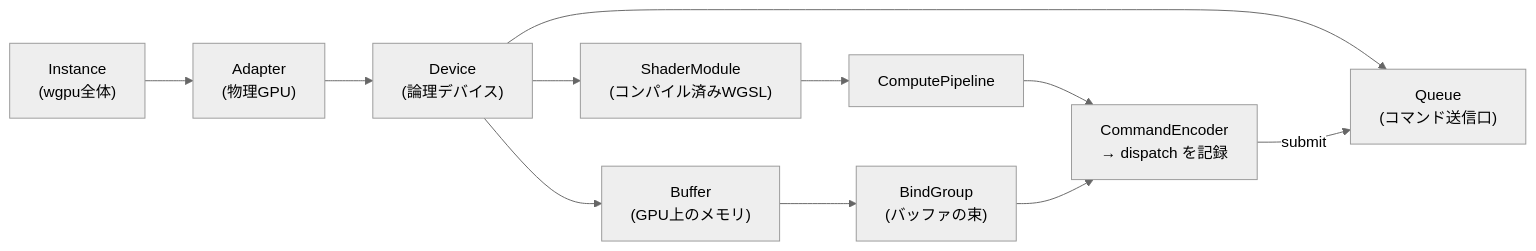
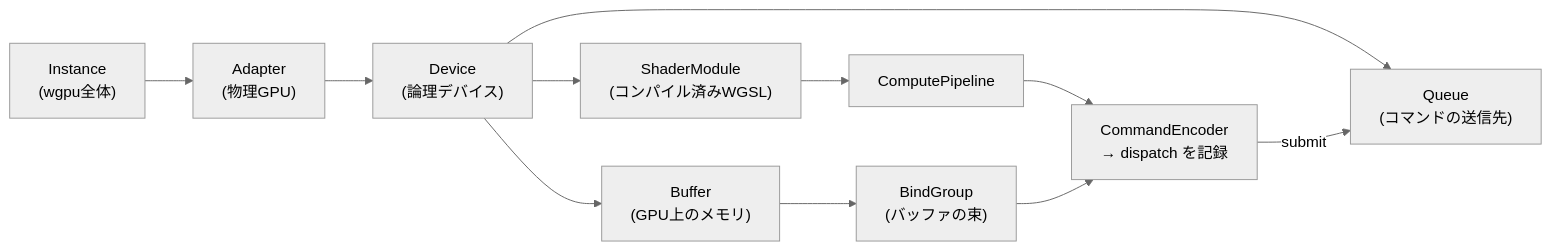
The diagram in src/content/docs/gpu/11-wgpu.mdx (ushironoko/rust-cpu-gpu-book), drawn with Mermaid (neutral theme) before and after one commit. The commit also changed other lines of this file and 35 other files, not shown here.

````diff
--- a/src/content/docs/gpu/11-wgpu.mdx
+++ b/src/content/docs/gpu/11-wgpu.mdx
@@ -49,12 +48,12 @@
 ```mermaid
 flowchart LR
     inst["Instance<br/>(wgpu全体)"] --> ad["Adapter<br/>(物理GPU)"] --> dev["Device<br/>(論理デバイス)"]
-    dev --> q["Queue<br/>(コマンド送信口)"]
+    dev --> q["Queue<br/>(コマンドの送信先)"]
     dev --> sm["ShaderModule<br/>(コンパイル済みWGSL)"]
     dev --> buf["Buffer<br/>(GPU上のメモリ)"]
     sm --> pl["ComputePipeline"]
     buf --> bg["BindGroup<br/>(バッファの束)"]
     pl --> enc["CommandEncoder<br/>→ dispatch を記録"]
     bg --> enc
     enc -->|submit| q
 ```
````
